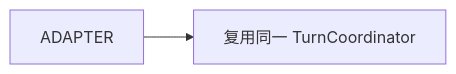
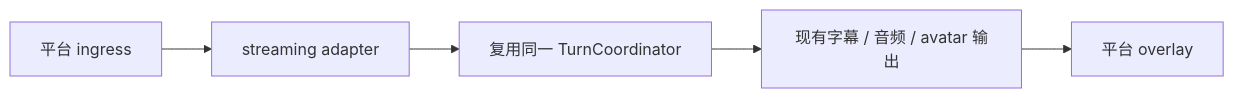
The diagram in docs/03-features/streaming.md (Momoyeyu/momo), drawn with Mermaid before and after one commit. The commit also changed other lines of this file and 19 other files, not shown here.

````diff
--- a/docs/03-features/streaming.md
+++ b/docs/03-features/streaming.md
@@ -3,4 +4,7 @@
 ```mermaid
 flowchart LR
+    IN["平台 ingress"] --> ADAPTER["streaming adapter"]
     ADAPTER --> CORE["复用同一 TurnCoordinator"]
+    CORE --> OUT["现有字幕 / 音频 / avatar 输出"]
+    OUT --> OVERLAY["平台 overlay"]
 ```
````
